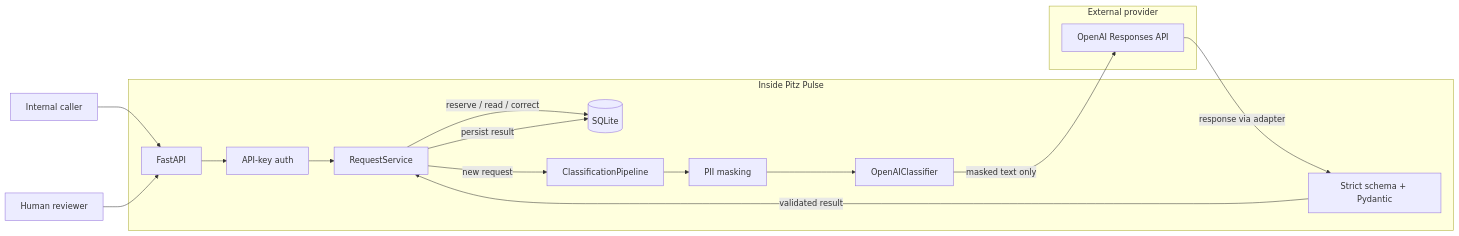
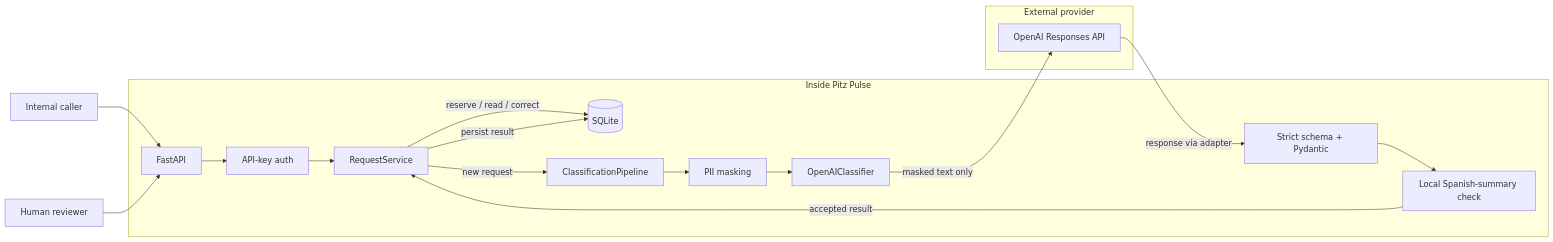
Before and after one commit to davidgarciamunozz/pitz-pulse: the diagram in README.md, drawn with Mermaid. The commit also changed other lines of this file and 11 other files, not shown here.

````diff
--- a/README.md
+++ b/README.md
@@ -7,18 +7,19 @@
 ```mermaid
 flowchart LR
     subgraph Pulse["Inside Pitz Pulse"]
         API["FastAPI"] --> Auth["API-key auth"] --> Service["RequestService"]
         Service -->|"reserve / read / correct"| DB[("SQLite")]
         Service -->|"new request"| Pipeline["ClassificationPipeline"]
         Pipeline --> Mask["PII masking"] --> Adapter["OpenAIClassifier"]
-        Validation["Strict schema + Pydantic"] -->|"validated result"| Service
+        Validation["Strict schema + Pydantic"] --> Language["Local Spanish-summary check"]
+        Language -->|"accepted result"| Service
         Service -->|"persist result"| DB
     end
     subgraph Provider["External provider"]
         OpenAI["OpenAI Responses API"]
     end
     Caller["Internal caller"] --> API
     Reviewer["Human reviewer"] --> API
     Adapter -->|"masked text only"| OpenAI
     OpenAI -->|"response via adapter"| Validation
 ```
````
